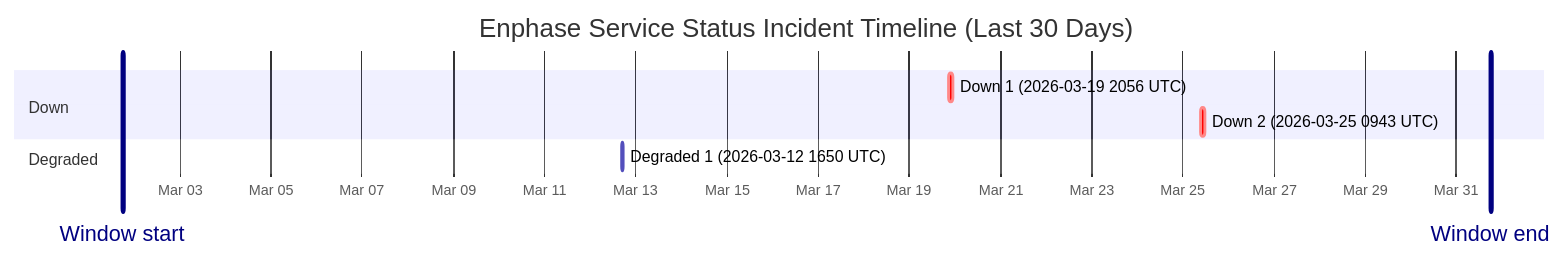
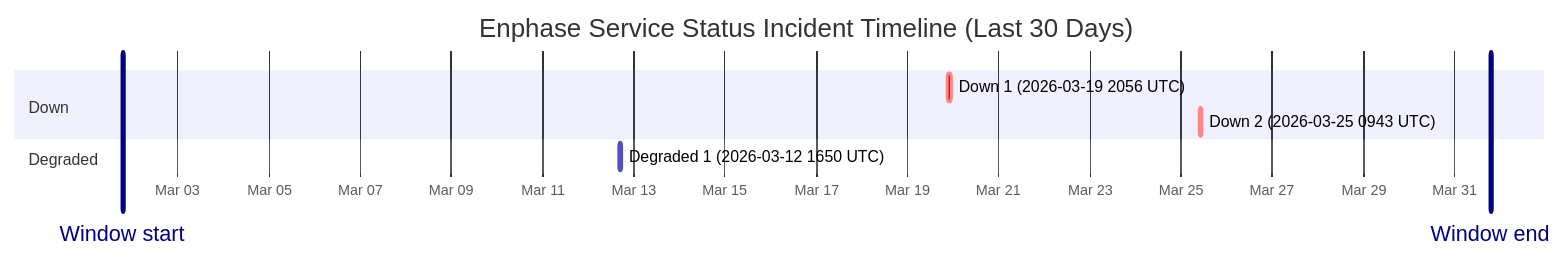
One commit to barneyonline/ha-enphase-ev-charger changed the diagram in wiki/Service-Status-History.md. Above: the diagram before and after it, drawn with Mermaid. The commit also changed other lines of this file and 3 other files, not shown here.

````diff
--- a/wiki/Service-Status-History.md
+++ b/wiki/Service-Status-History.md
@@ -14,13 +14,13 @@
 ```mermaid
 gantt
     title Enphase Service Status Incident Timeline (Last 30 Days)
     dateFormat  YYYY-MM-DDTHH:mm:ss
     axisFormat  %b %d
-    Window start :vert, window-start, 2026-03-01T17:57:43, 0ms
-    Window end :vert, window-end, 2026-03-31T17:57:43, 0ms
+    Window start :vert, window-start, 2026-03-01T19:00:00, 0ms
+    Window end :vert, window-end, 2026-03-31T19:00:00, 0ms
     section Down
     Down 1 (2026-03-19 2056 UTC) :crit, down-1, 2026-03-19T20:56:20, 145m
     Down 2 (2026-03-25 0943 UTC) :crit, down-2, 2026-03-25T09:43:28, 111m
     section Degraded
     Degraded 1 (2026-03-12 1650 UTC) :active, degraded-1, 2026-03-12T16:50:43, 60m
 ```
````
